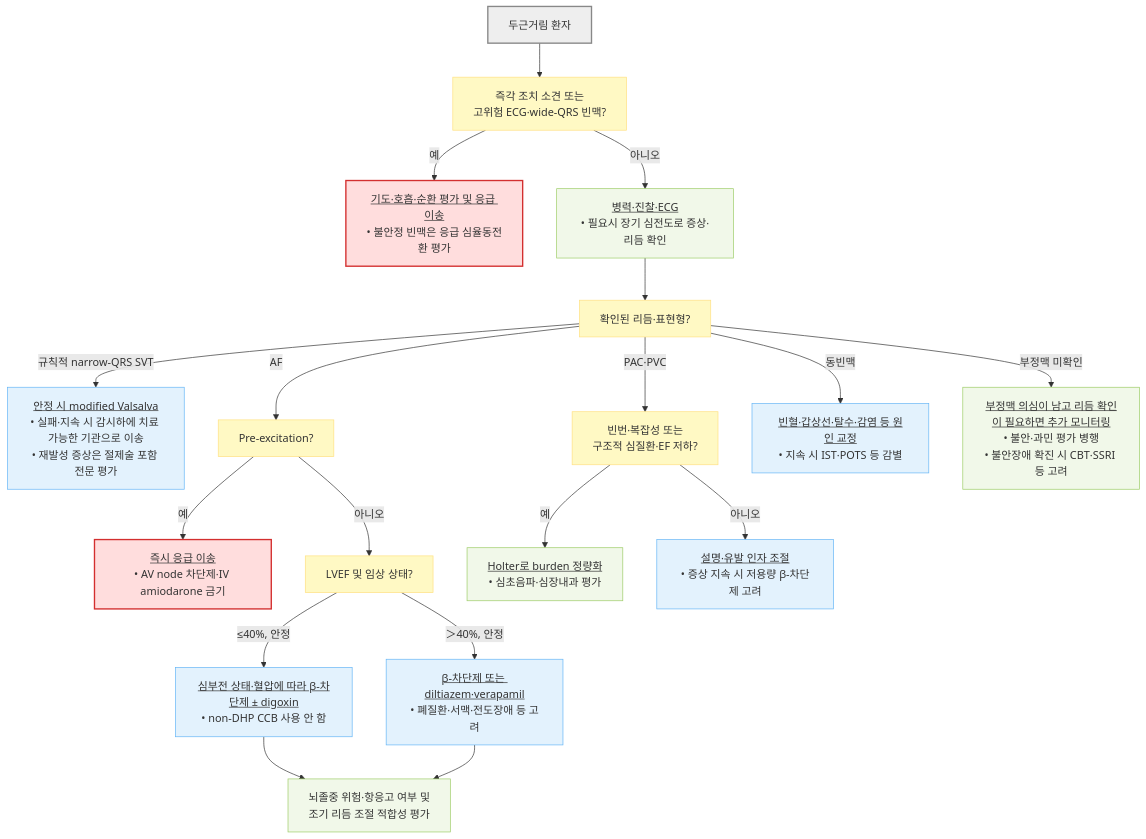
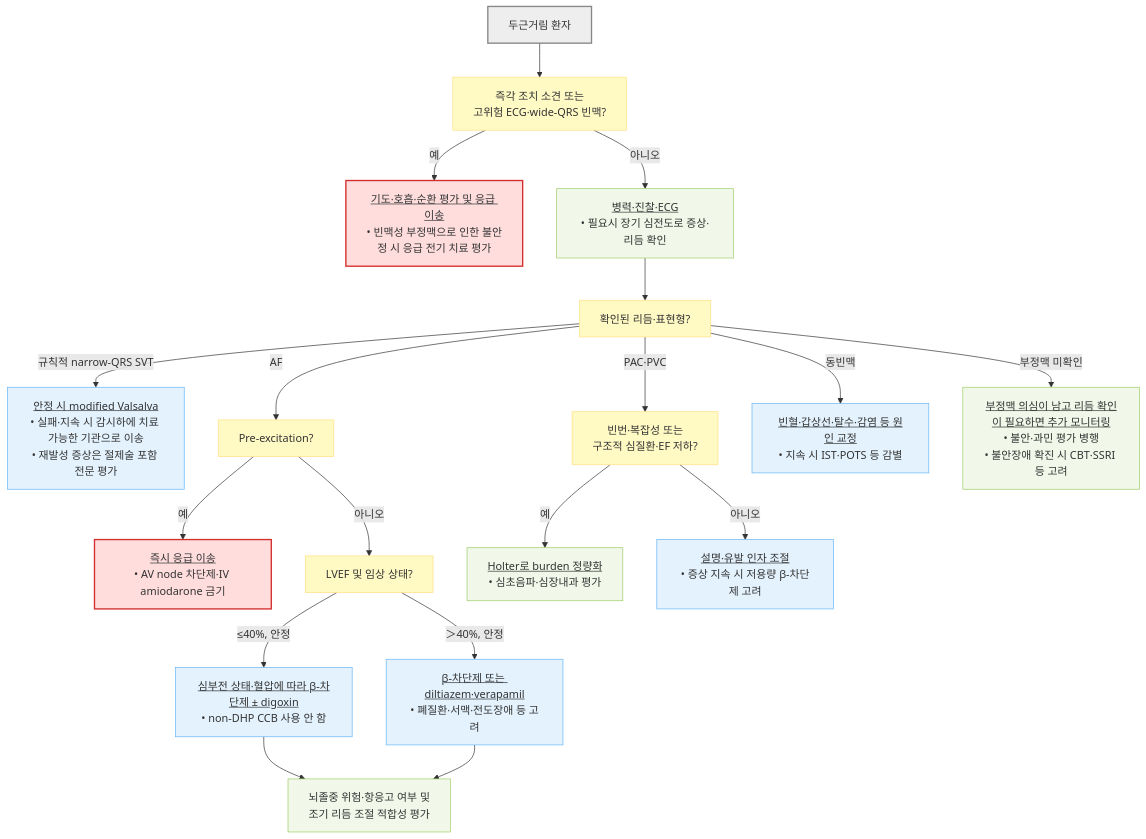
Before and after one commit to familyoh77/familyoh77: the diagram in 220_/009_-palpitation.md, drawn with Mermaid. The commit also changed other lines of this file, not shown here.

````diff
--- a/220_/009_-palpitation.md
+++ b/220_/009_-palpitation.md
@@ -241,31 +241,31 @@
 ```mermaid
 flowchart TD
     Start["두근거림 환자"] --> EmergencyQ["즉각 조치 소견 또는<br/>고위험 ECG·wide-QRS 빈맥?"]
-    EmergencyQ -- "예" --> Emergency["<u>기도·호흡·순환 평가 및 응급 이송</u><br/>• 불안정 빈맥은 응급 심율동전환 평가"]
+    EmergencyQ -- "예" --> Emergency["<u>기도·호흡·순환 평가 및 응급 이송</u><br/>• 빈맥성 부정맥으로 인한 불안정 시 응급 전기 치료 평가"]
     EmergencyQ -- "아니오" --> Assess["<u>병력·진찰·ECG</u><br/>• 필요시 장기 심전도로 증상·리듬 확인"]
     Assess --> Rhythm["확인된 리듬·표현형?"]
     Rhythm -- "규칙적 narrow-QRS SVT" --> Vagal["<u>안정 시 modified Valsalva</u><br/>• 실패·지속 시 감시하에 치료 가능한 기관으로 이송<br/>• 재발성 증상은 절제술 포함 전문 평가"]
     Rhythm -- "AF" --> PreEx["Pre-excitation?"]
     PreEx -- "예" --> WPW["<u>즉시 응급 이송</u><br/>• AV node 차단제·IV amiodarone 금기"]
     PreEx -- "아니오" --> EF["LVEF 및 임상 상태?"]
     EF -- "≤40%, 안정" --> AFhf["<u>심부전 상태·혈압에 따라 β-차단제 ± digoxin</u><br/>• non-DHP CCB 사용 안 함"]
     EF -- "＞40%, 안정" --> AFnormal["<u>β-차단제 또는 diltiazem·verapamil</u><br/>• 폐질환·서맥·전도장애 등 고려"]
     AFhf --> Stroke["뇌졸중 위험·항응고 여부 및<br/>조기 리듬 조절 적합성 평가"]
     AFnormal --> Stroke
     Rhythm -- "PAC·PVC" --> Burden["빈번·복잡성 또는<br/>구조적 심질환·EF 저하?"]
     Burden -- "예" --> Refer["<u>Holter로 burden 정량화</u><br/>• 심초음파·심장내과 평가"]
     Burden -- "아니오" --> Reassure["<u>설명·유발 인자 조절</u><br/>• 증상 지속 시 저용량 β-차단제 고려"]
     Rhythm -- "동빈맥" --> Sinus["<u>빈혈·갑상선·탈수·감염 등 원인 교정</u><br/>• 지속 시 IST·POTS 등 감별"]
     Rhythm -- "부정맥 미확인" --> Other["<u>부정맥 의심이 남고 리듬 확인이 필요하면 추가 모니터링</u><br/>• 불안·과민 평가 병행<br/>• 불안장애 확진 시 CBT·SSRI 등 고려"]
 
     classDef start fill:#eeeeee,stroke:#888888,stroke-width:2px
     classDef question fill:#fff9c4,stroke:#ffe082
     classDef emergency fill:#ffdddd,stroke:#d32f2f,stroke-width:2px
     classDef evaluation fill:#f1f8e9,stroke:#9ccc65
     classDef treatment fill:#e3f2fd,stroke:#64b5f6
     class Start start
     class EmergencyQ,Rhythm,PreEx,EF,Burden question
     class Emergency,WPW emergency
     class Assess,Stroke,Refer,Other evaluation
     class Vagal,AFhf,AFnormal,Reassure,Sinus treatment
 ```
````
